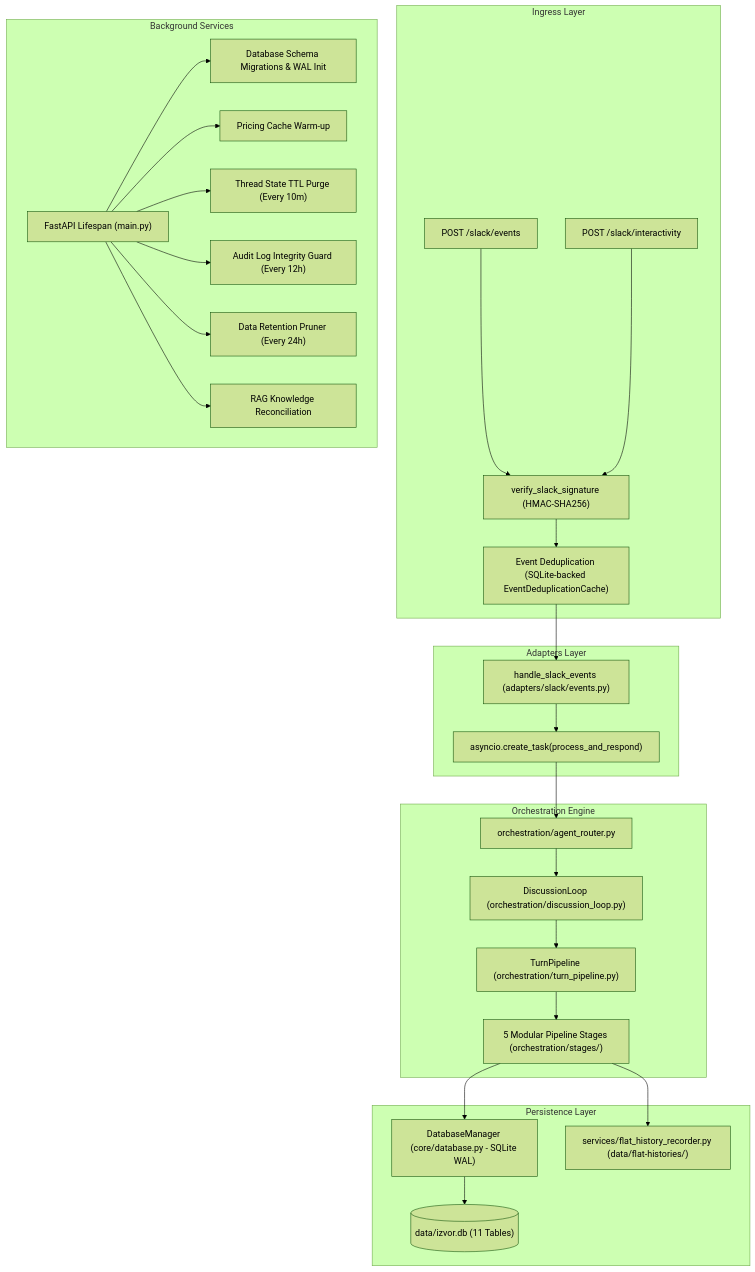
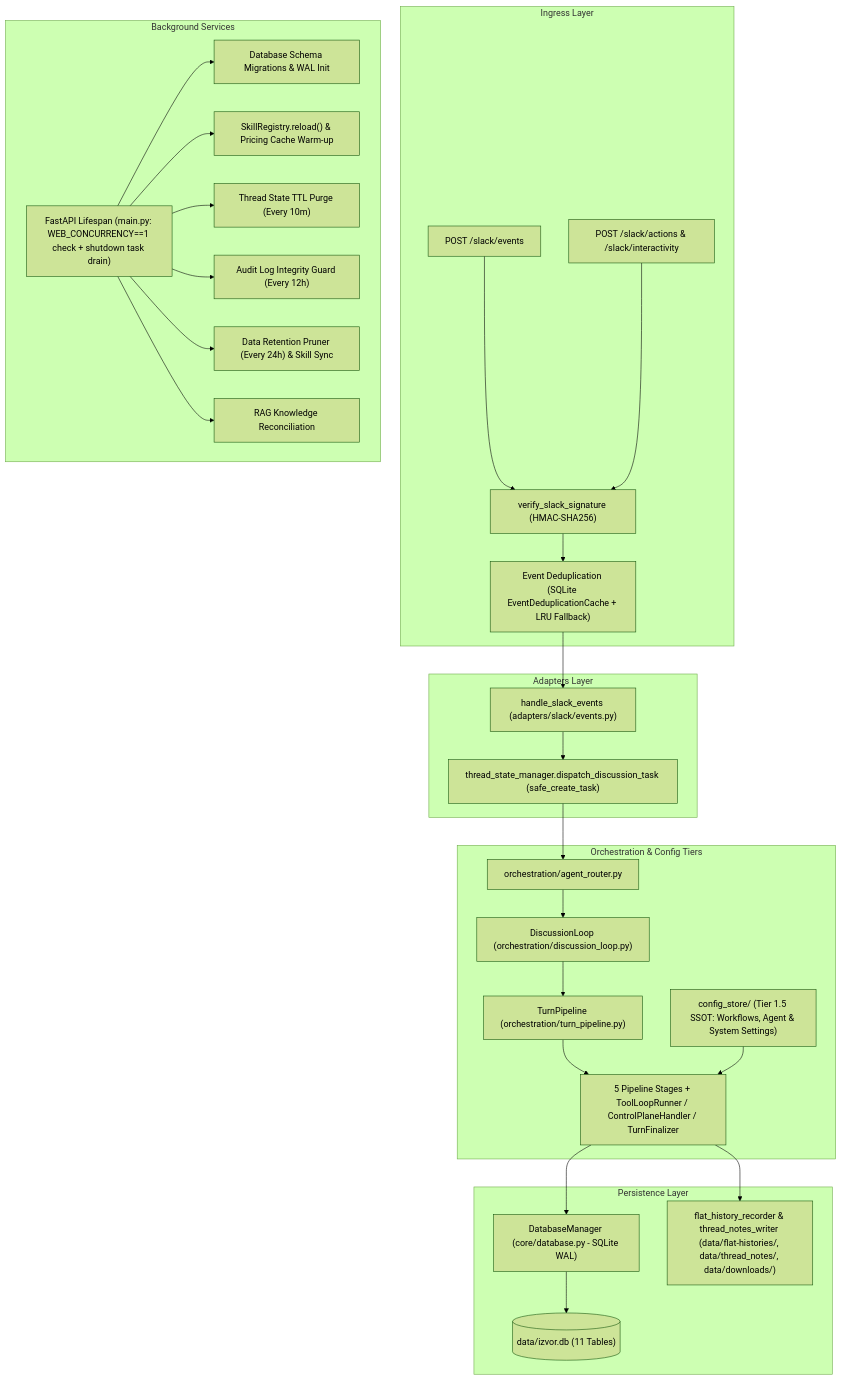
The diagram in docs/architecture/system-design.md (BranMik/Izvor), drawn with Mermaid (forest theme) before and after one commit. The commit also changed other lines of this file and 26 other files, not shown here.

First line of the commit message:
docs(architecture): synchronize docs, diagrams, env template, and hygiene tests with P2 refactor

````diff
--- a/docs/architecture/system-design.md
+++ b/docs/architecture/system-design.md
@@ -11,36 +11,37 @@
 ```mermaid
 graph TD
     subgraph Ingress Layer
         SlackWebhook["POST /slack/events"] --> SignatureGuard["verify_slack_signature (HMAC-SHA256)"]
-        SlackInteractivity["POST /slack/interactivity"] --> SignatureGuard
-        SignatureGuard --> Dedup["Event Deduplication (SQLite-backed EventDeduplicationCache)"]
+        SlackActions["POST /slack/actions & /slack/interactivity"] --> SignatureGuard
+        SignatureGuard --> Dedup["Event Deduplication (SQLite EventDeduplicationCache + LRU Fallback)"]
     end
 
     subgraph Adapters Layer
         Dedup --> EventDispatcher["handle_slack_events (adapters/slack/events.py)"]
-        EventDispatcher --> AsyncWorker["asyncio.create_task(process_and_respond)"]
+        EventDispatcher --> AsyncWorker["thread_state_manager.dispatch_discussion_task (safe_create_task)"]
     end
 
-    subgraph Orchestration Engine
+    subgraph Orchestration & Config Tiers
         AsyncWorker --> AgentRouter["orchestration/agent_router.py"]
         AgentRouter --> DiscussionLoop["DiscussionLoop (orchestration/discussion_loop.py)"]
         DiscussionLoop --> TurnPipeline["TurnPipeline (orchestration/turn_pipeline.py)"]
-        TurnPipeline --> Stages["5 Modular Pipeline Stages (orchestration/stages/)"]
+        TurnPipeline --> Stages["5 Pipeline Stages + ToolLoopRunner / ControlPlaneHandler / TurnFinalizer"]
+        ConfigStore["config_store/ (Tier 1.5 SSOT: Workflows, Agent & System Settings)"] --> Stages
     end
 
     subgraph Persistence Layer
         Stages --> DBManager["DatabaseManager (core/database.py - SQLite WAL)"]
         DBManager --> SQLiteDB[("data/izvor.db (11 Tables)")]
-        Stages --> FlatHistories["services/flat_history_recorder.py (data/flat-histories/)"]
+        Stages --> FlatHistories["flat_history_recorder & thread_notes_writer (data/flat-histories/, data/thread_notes/, data/downloads/)"]
     end
 
     subgraph Background Services
-        Lifespan["FastAPI Lifespan (main.py)"]
+        Lifespan["FastAPI Lifespan (main.py: WEB_CONCURRENCY==1 check + shutdown task drain)"]
         Lifespan --> DBInit["Database Schema Migrations & WAL Init"]
-        Lifespan --> PricingWarmup["Pricing Cache Warm-up"]
+        Lifespan --> SkillLoad["SkillRegistry.reload() & Pricing Cache Warm-up"]
         Lifespan --> ThreadPurge["Thread State TTL Purge (Every 10m)"]
         Lifespan --> AuditGuard["Audit Log Integrity Guard (Every 12h)"]
-        Lifespan --> RetentionPrune["Data Retention Pruner (Every 24h)"]
+        Lifespan --> RetentionPrune["Data Retention Pruner (Every 24h) & Skill Sync"]
         Lifespan --> RAGReconcile["RAG Knowledge Reconciliation"]
     end
 ```
````
